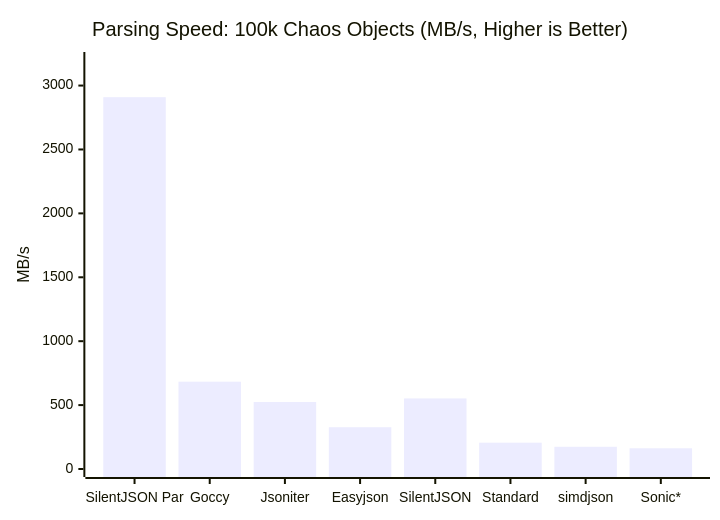
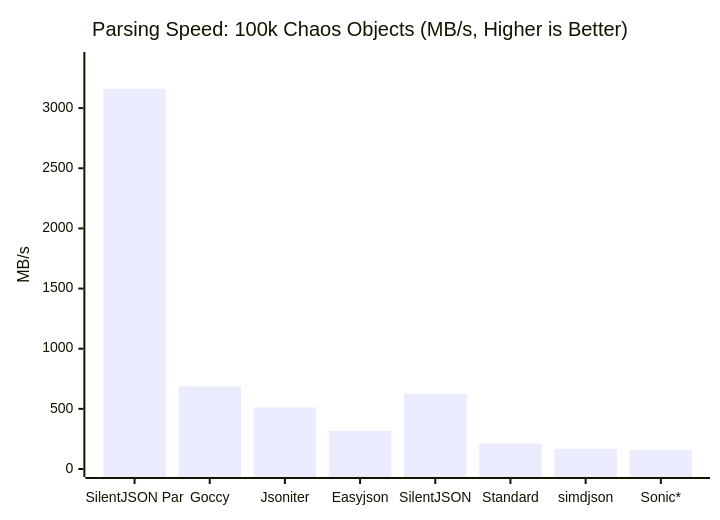
The first of 5 diagrams in README.md (GenshIv/silentjson), drawn with Mermaid before and after one commit. The commit also changed other lines of this file and 7 other files, not shown here.

````diff
--- a/README.md
+++ b/README.md
@@ -84,7 +84,7 @@
 ```mermaid
 xychart-beta
     title "Parsing Speed: 100k Chaos Objects (MB/s, Higher is Better)"
     x-axis ["SilentJSON Par", "Goccy", "Jsoniter", "Easyjson", "SilentJSON", "Standard", "simdjson", "Sonic*"]
-    y-axis "MB/s" 0 --> 3200
-    bar [2909, 683, 524, 327, 552, 206, 174, 162]
+    y-axis "MB/s" 0 --> 3400
+    bar [3161, 687, 512, 317, 626, 212, 169, 159]
 ```
````
